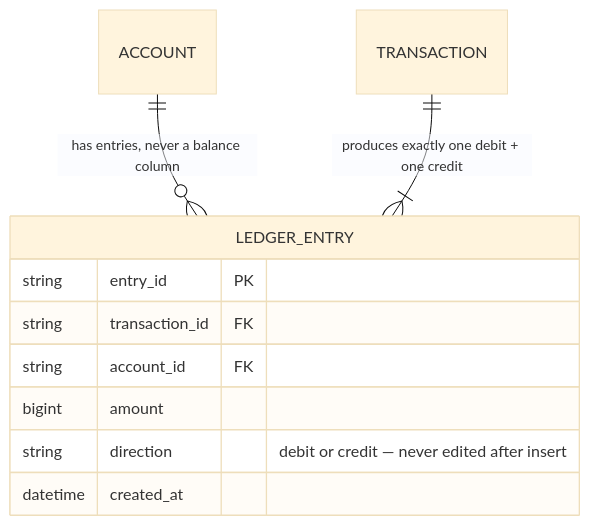
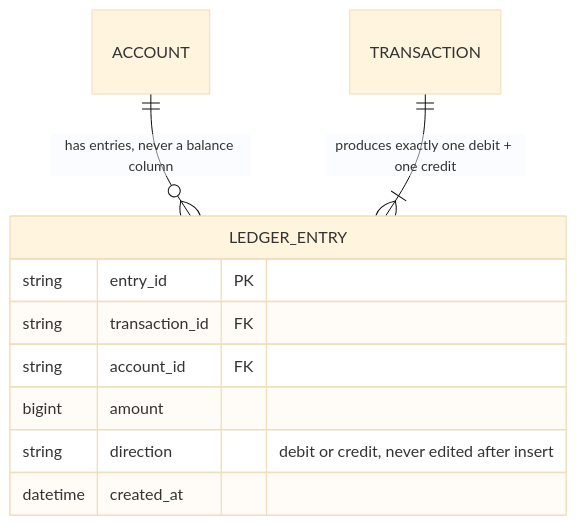
The fifth of 13 diagrams in system-design/HLD/0-course/41-Design-a-Payment-System-FAANG-Guide-story.md (riyaz-pasha/Learnings), drawn with Mermaid (base theme) before and after one commit. The commit also changed other lines of this file and 1 other file, not shown here.

Commit message:
[REWRITE] Payment System story guide: simplify prose, add structure, fix diagrams

````diff
--- a/system-design/HLD/0-course/41-Design-a-Payment-System-FAANG-Guide-story.md
+++ b/system-design/HLD/0-course/41-Design-a-Payment-System-FAANG-Guide-story.md
@@ -122,14 +316,14 @@
 ```mermaid
 erDiagram
     ACCOUNT ||--o{ LEDGER_ENTRY : "has entries, never a balance column"
     TRANSACTION ||--|{ LEDGER_ENTRY : "produces exactly one debit + one credit"
 
     LEDGER_ENTRY {
         string entry_id PK
         string transaction_id FK
         string account_id FK
         bigint amount
-        string direction "debit or credit — never edited after insert"
+        string direction "debit or credit, never edited after insert"
         datetime created_at
     }
 ```
````
